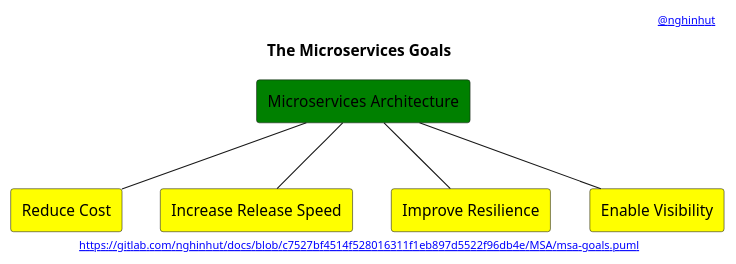
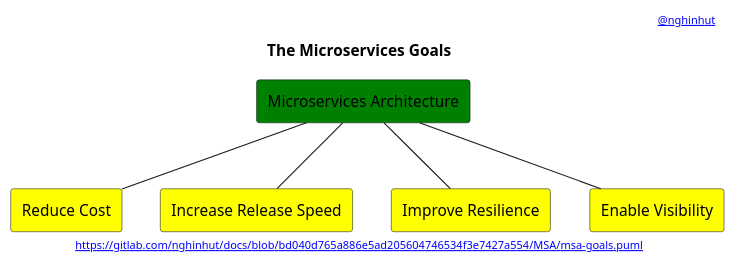
The diagram in MSA/msa-goals.puml (nghinhut/docs), drawn with PlantUML before and after one commit. The commit also changed 18 other files, not shown here.

Commit message:
Update diagrams

```diff
--- a/MSA/msa-goals.puml
+++ b/MSA/msa-goals.puml
@@ -1,23 +1,23 @@
 @startuml
 '-----START auto generated metadata please keep comment here to allow auto update-----
 '-----DON'T EDIT THIS SECTION, INSTEAD RE-RUN prebuild.sh TO UPDATE-----
-header [[mailto:nghinhut@gmail.com @nghinhut]]
-footer [[http://www.plantuml.com/plantuml/proxy?fmt=svg&src=https://gitlab.com/nghinhut/docs/raw/c7527bf4514f528016311f1eb897d5522f96db4e/MSA/msa-goals.puml https://gitlab.com/nghinhut/docs/blob/c7527bf4514f528016311f1eb897d5522f96db4e/MSA/msa-goals.puml]]
+header [[www.nghinhut.dev?from=http://www.plantuml.com/plantuml/proxy?fmt=svg&src=https://gitlab.com/nghinhut/docs/raw/bd040d765a886e5ad205604746534f3e7427a554/MSA/msa-goals.puml @nghinhut]]
+footer [[http://www.plantuml.com/plantuml/proxy?fmt=svg&src=https://gitlab.com/nghinhut/docs/raw/bd040d765a886e5ad205604746534f3e7427a554/MSA/msa-goals.puml https://gitlab.com/nghinhut/docs/blob/bd040d765a886e5ad205604746534f3e7427a554/MSA/msa-goals.puml]]
 '-----END auto generated metadata please keep comment here to allow auto update-----
 title The Microservices Goals
 
 rectangle "Microservices Architecture" as msa #green
 
 rectangle "Reduce Cost" as goal1 #yellow
 rectangle "Increase Release Speed" as goal2 #yellow
 rectangle "Improve Resilience" as goal3 #yellow
 rectangle "Enable Visibility" as goal4 #yellow
 
 msa -- goal1
 msa -- goal2
 msa -- goal3
 msa -- goal4
 
 
 
 @enduml
```
